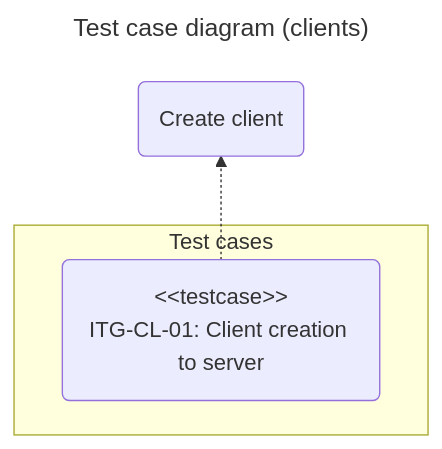
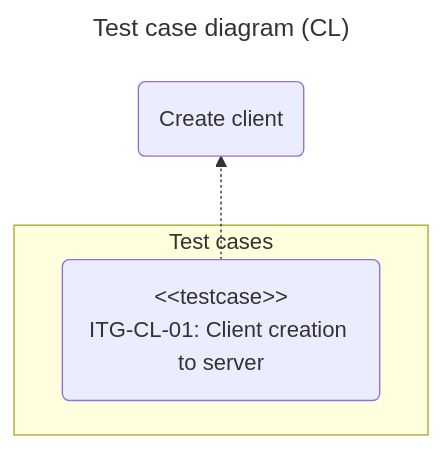
One commit to chromiodev/chromie-tool changed the first of 4 diagrams in docs/spec/tests/integration.en.md. Above: the diagram before and after it, drawn with Mermaid. The commit also changed other lines of this file and 8 other files, not shown here.

````diff
--- a/docs/spec/tests/integration.en.md
+++ b/docs/spec/tests/integration.en.md
@@ -48,16 +48,16 @@
 ```mermaid
 ---
-title: Test case diagram (clients)
+title: Test case diagram (CL)
 config:
 ---
 
 graph BT
   %% use cases
   createClient@{ shape: "rounded", label: "Create client" }
 
   subgraph "Test cases"
     createServerClient@{ shape: "rounded", label: "#lt;#lt;testcase>><br>ITG-CL-01: Client creation to server" }
   end
 
   createServerClient -.-> createClient
 ```
````
